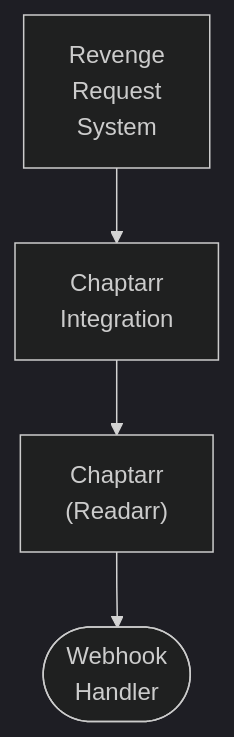
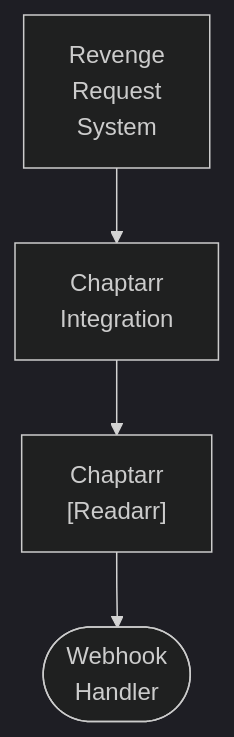
One commit to lusoris/revenge changed the diagram in docs/dev/design/integrations/servarr/CHAPTARR.md. Above: the diagram before and after it, drawn with Mermaid (dark theme). The commit also changed 194 other files, not shown here.

First line of the commit message:
fix(docs): Escape parentheses in Mermaid labels to prevent parse errors

````diff
--- a/docs/dev/design/integrations/servarr/CHAPTARR.md
+++ b/docs/dev/design/integrations/servarr/CHAPTARR.md
@@ -59,10 +59,10 @@
 ```mermaid
 flowchart TD
     node1["Revenge<br/>Request<br/>System"]
     node2["Chaptarr<br/>Integration"]
-    node3["Chaptarr<br/>(Readarr)"]
+    node3["Chaptarr<br/>[Readarr]"]
     node4([Webhook<br/>Handler])
     node1 --> node2
     node2 --> node3
     node3 --> node4
 ```
````
